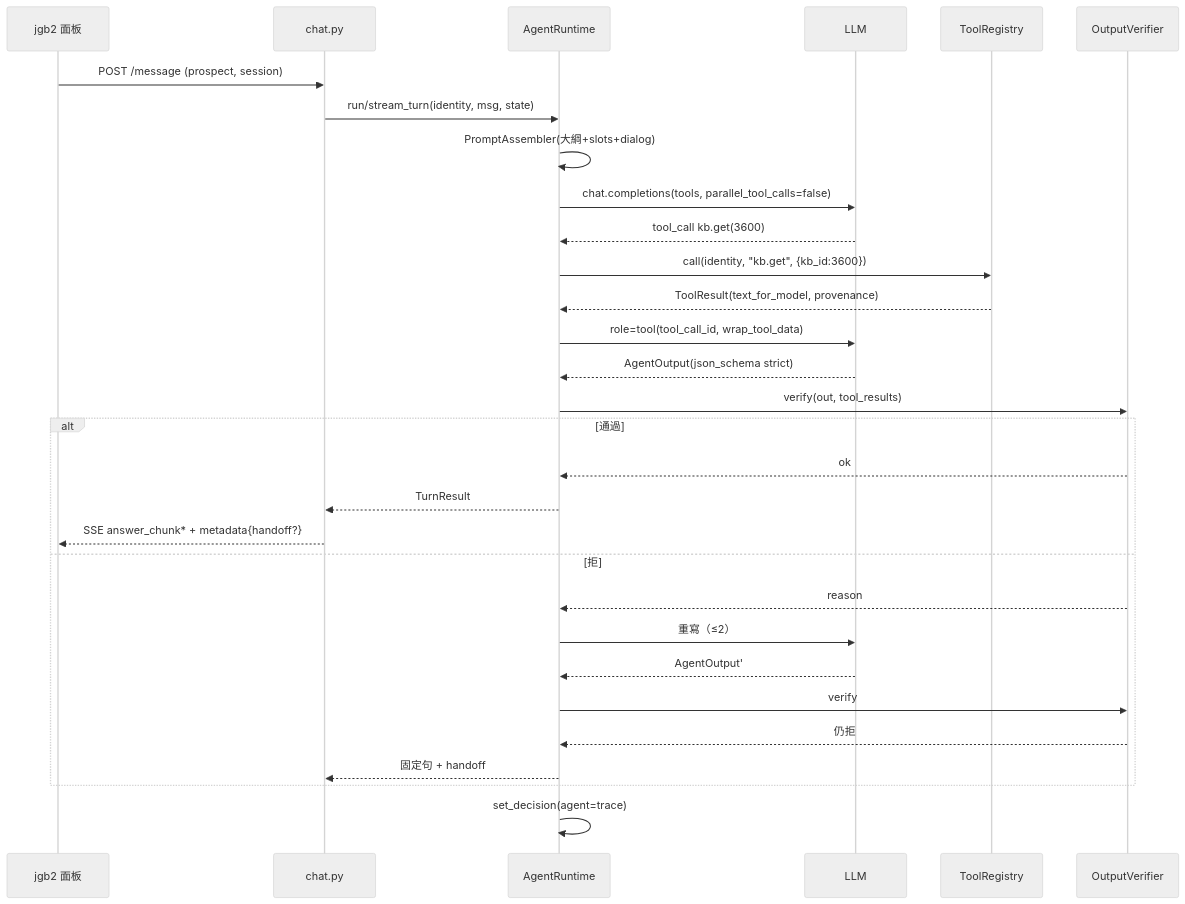
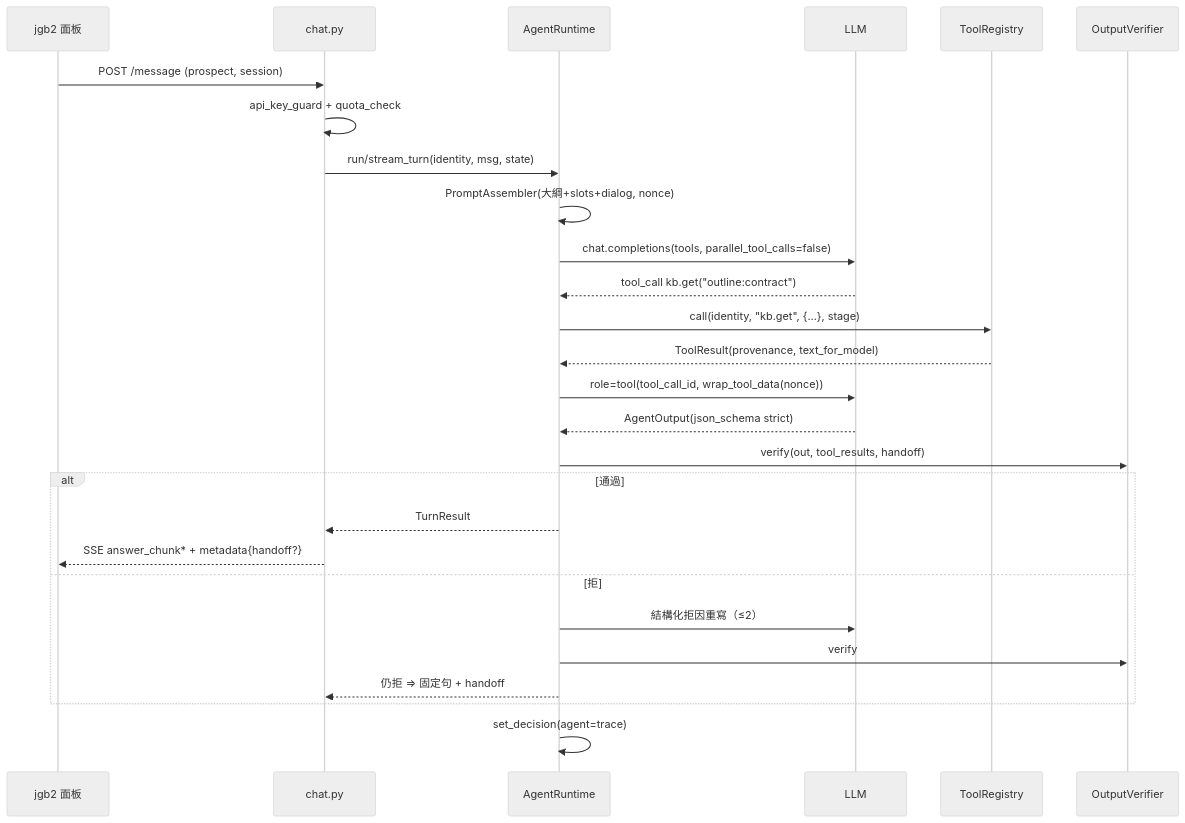
Before and after one commit to JGBlenny/AIChatbot: the second of 2 diagrams in .kiro/specs/agentic-mcp-orchestration/design.md, drawn with Mermaid (neutral theme). The commit also changed other lines of this file and 4 other files, not shown here.

````diff
--- a/.kiro/specs/agentic-mcp-orchestration/design.md
+++ b/.kiro/specs/agentic-mcp-orchestration/design.md
@@ -201,32 +260,29 @@
 ```mermaid
 sequenceDiagram
     participant C as jgb2 面板
     participant R as chat.py
     participant A as AgentRuntime
     participant L as LLM
     participant T as ToolRegistry
     participant V as OutputVerifier
     C->>R: POST /message (prospect, session)
+    R->>R: api_key_guard + quota_check
     R->>A: run/stream_turn(identity, msg, state)
-    A->>A: PromptAssembler(大綱+slots+dialog)
+    A->>A: PromptAssembler(大綱+slots+dialog, nonce)
     A->>L: chat.completions(tools, parallel_tool_calls=false)
-    L-->>A: tool_call kb.get(3600)
-    A->>T: call(identity, "kb.get", {kb_id:3600})
-    T-->>A: ToolResult(text_for_model, provenance)
-    A->>L: role=tool(tool_call_id, wrap_tool_data)
+    L-->>A: tool_call kb.get("outline:contract")
+    A->>T: call(identity, "kb.get", {...}, stage)
+    T-->>A: ToolResult(provenance, text_for_model)
+    A->>L: role=tool(tool_call_id, wrap_tool_data(nonce))
     L-->>A: AgentOutput(json_schema strict)
-    A->>V: verify(out, tool_results)
+    A->>V: verify(out, tool_results, handoff)
     alt 通過
-        V-->>A: ok
         A-->>R: TurnResult
         R-->>C: SSE answer_chunk* + metadata{handoff?}
     else 拒
-        V-->>A: reason
-        A->>L: 重寫（≤2）
-        L-->>A: AgentOutput'
+        A->>L: 結構化拒因重寫（≤2）
         A->>V: verify
-        V-->>A: 仍拒
-        A-->>R: 固定句 + handoff
+        A-->>R: 仍拒 ⇒ 固定句 + handoff
     end
     A->>A: set_decision(agent=trace)
 ```
````
